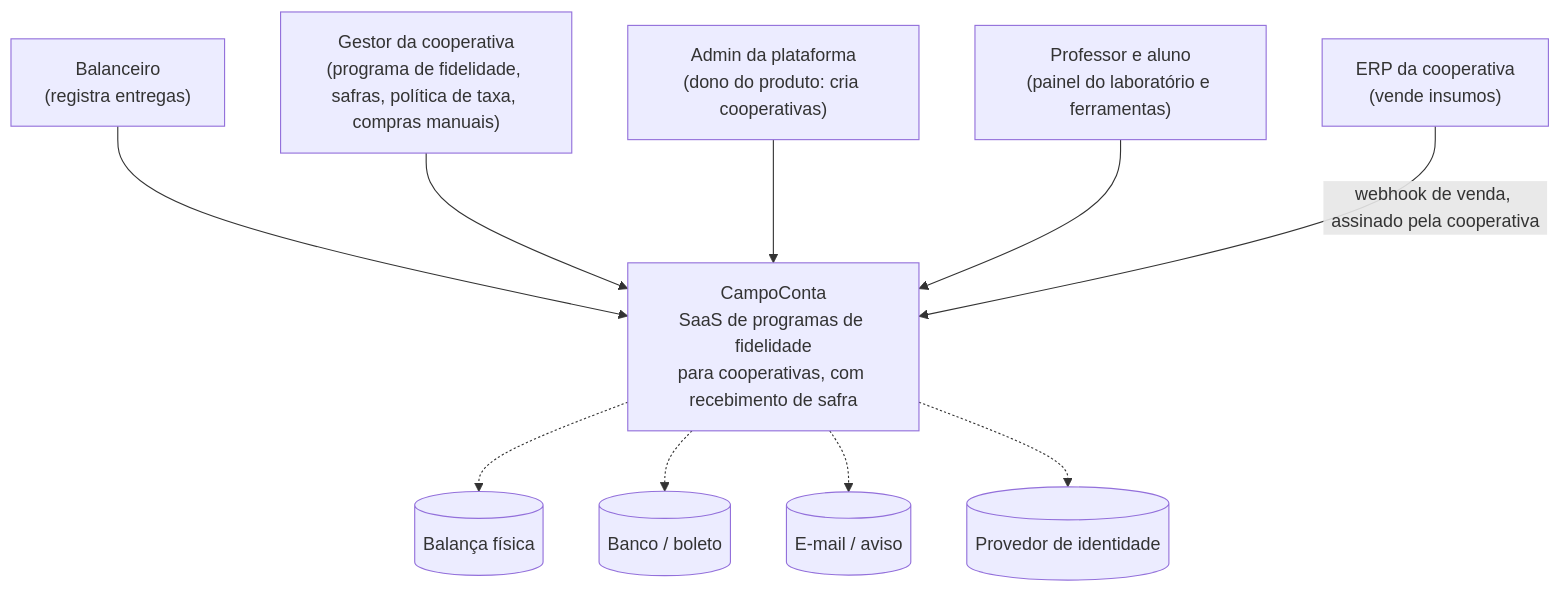
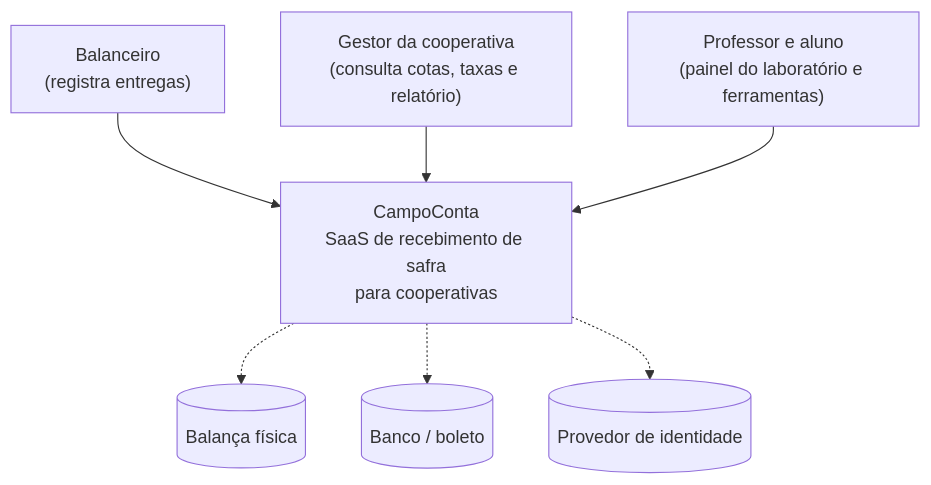
One commit to setrem-ec/saas-campo-conta changed the first of 3 diagrams in docs/c4.md. Above: the diagram before and after it, drawn with Mermaid. The commit also changed other lines of this file and 5 other files, not shown here.

````diff
--- a/docs/c4.md
+++ b/docs/c4.md
@@ -18,22 +15,16 @@
 ```mermaid
 flowchart TB
     bal["Balanceiro<br/>(registra entregas)"]
-    ges["Gestor da cooperativa<br/>(programa de fidelidade, safras, política de taxa, compras manuais)"]
-    adm["Admin da plataforma<br/>(dono do produto: cria cooperativas)"]
+    ges["Gestor da cooperativa<br/>(consulta cotas, taxas e relatório)"]
     lab["Professor e aluno<br/>(painel do laboratório e ferramentas)"]
-    cc["CampoConta<br/>SaaS de programas de fidelidade<br/>para cooperativas, com recebimento de safra"]
-    erp["ERP da cooperativa<br/>(vende insumos)"]
+    cc["CampoConta<br/>SaaS de recebimento de safra<br/>para cooperativas"]
     balanca[("Balança física")]
     banco[("Banco / boleto")]
-    email[("E-mail / aviso")]
     idp[("Provedor de identidade")]
     bal --> cc
     ges --> cc
-    adm --> cc
     lab --> cc
-    erp -- "webhook de venda, assinado pela cooperativa" --> cc
     cc -.-> balanca
     cc -.-> banco
-    cc -.-> email
     cc -.-> idp
 ```
````
